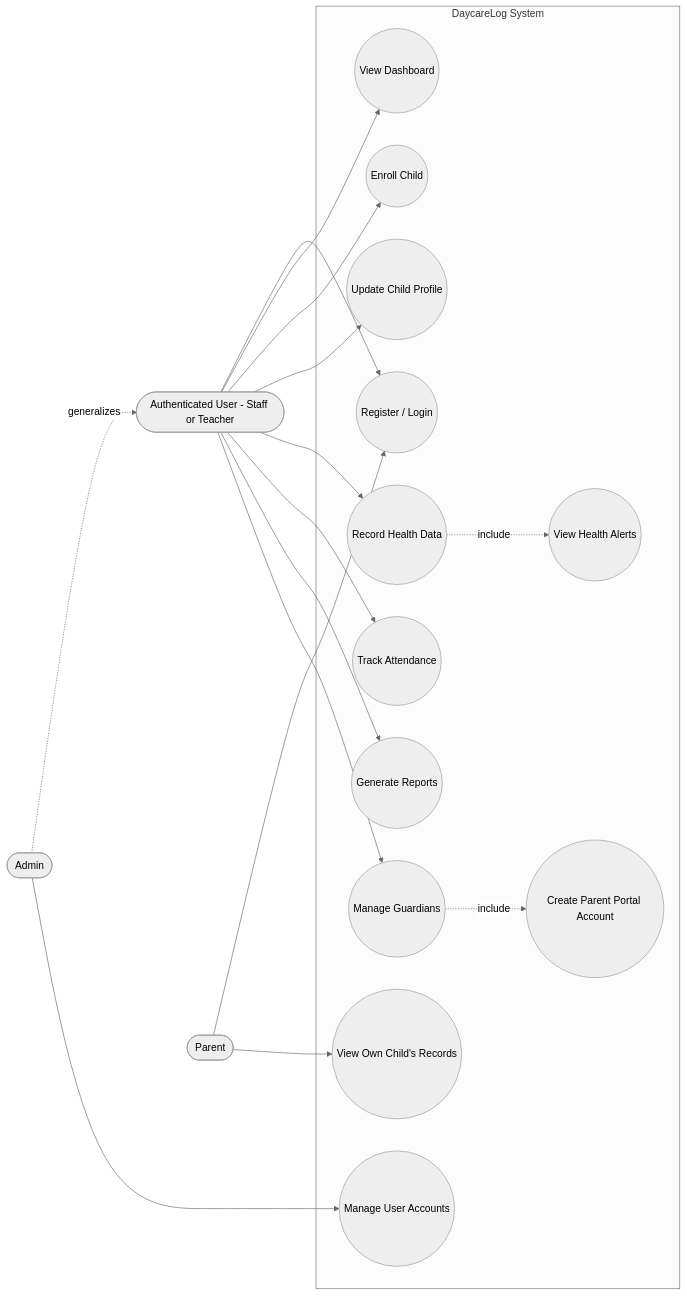
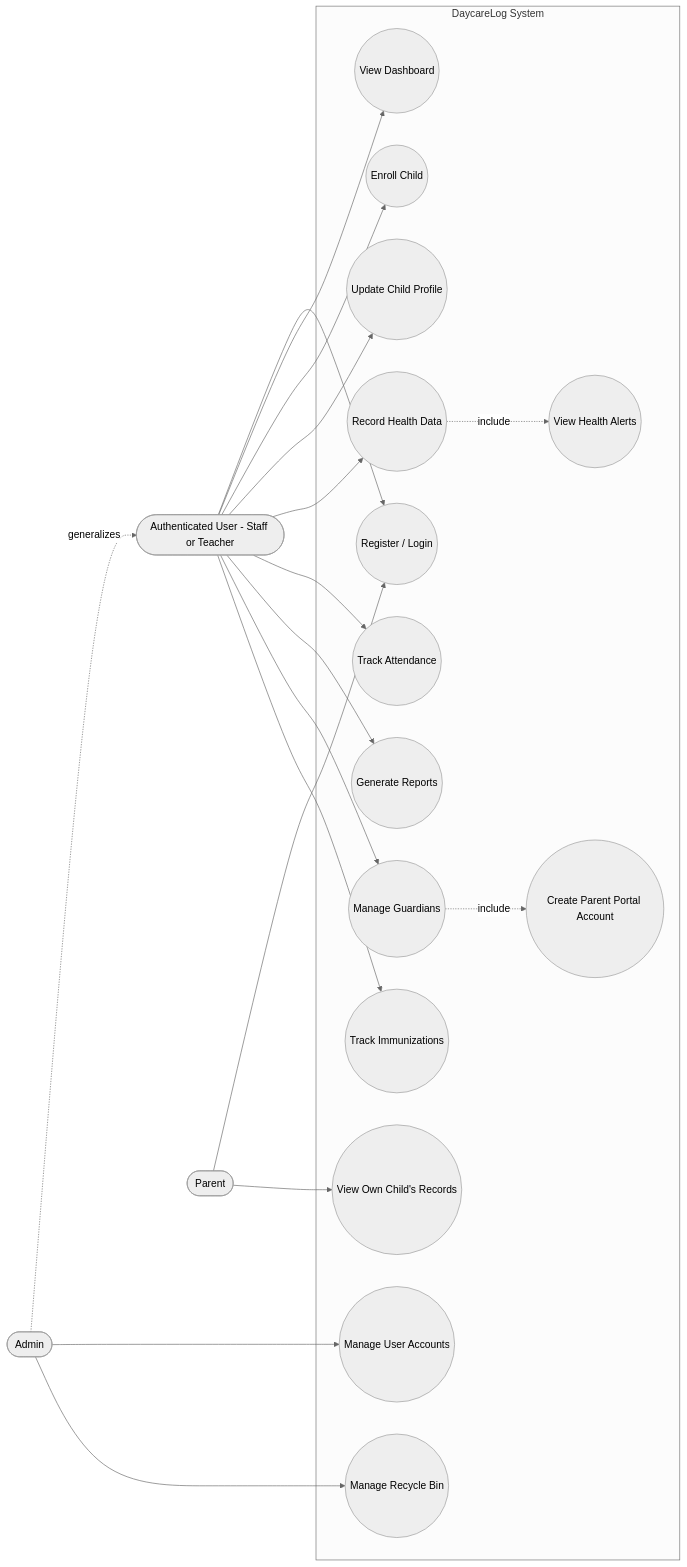
One commit to earl1605/daycarelog changed the first of 4 diagrams in docs/SRS_v2.1_revised.md. Above: the diagram before and after it, drawn with Mermaid (neutral theme). The commit also changed other lines of this file, not shown here.

````diff
--- a/docs/SRS_v2.1_revised.md
+++ b/docs/SRS_v2.1_revised.md
@@ -224,36 +244,40 @@
 ```mermaid
 flowchart LR
     ActorUser(["Authenticated User - Staff or Teacher"])
     ActorAdmin(["Admin"])
     ActorParent(["Parent"])
 
     subgraph SYS["DaycareLog System"]
         UC1(("Register / Login"))
         UC2(("View Dashboard"))
         UC3(("Enroll Child"))
         UC4(("Update Child Profile"))
         UC5(("Record Health Data"))
         UC6(("View Health Alerts"))
         UC7(("Track Attendance"))
         UC8(("Generate Reports"))
         UC9(("Manage User Accounts"))
         UC10(("Manage Guardians"))
         UC11(("Create Parent Portal Account"))
         UC12(("View Own Child's Records"))
+        UC13(("Track Immunizations"))
+        UC14(("Manage Recycle Bin"))
     end
 
     ActorUser --> UC1
     ActorUser --> UC2
     ActorUser --> UC3
     ActorUser --> UC4
     ActorUser --> UC5
     ActorUser --> UC7
     ActorUser --> UC8
     ActorUser --> UC10
+    ActorUser --> UC13
     UC5 -. "include" .-> UC6
     UC10 -. "include" .-> UC11
     ActorAdmin -. "generalizes" .-> ActorUser
     ActorAdmin --> UC9
+    ActorAdmin --> UC14
     ActorParent --> UC1
     ActorParent --> UC12
 ```
````
